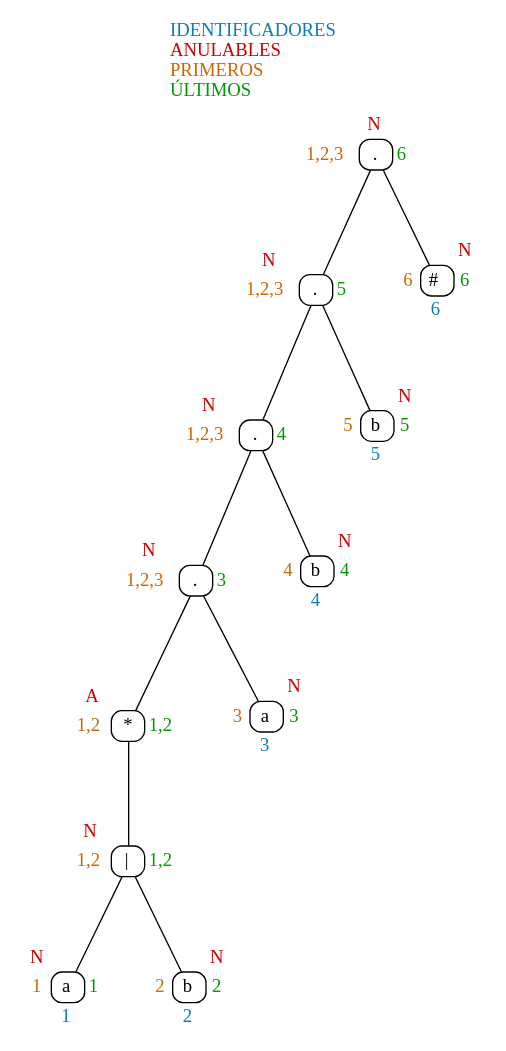
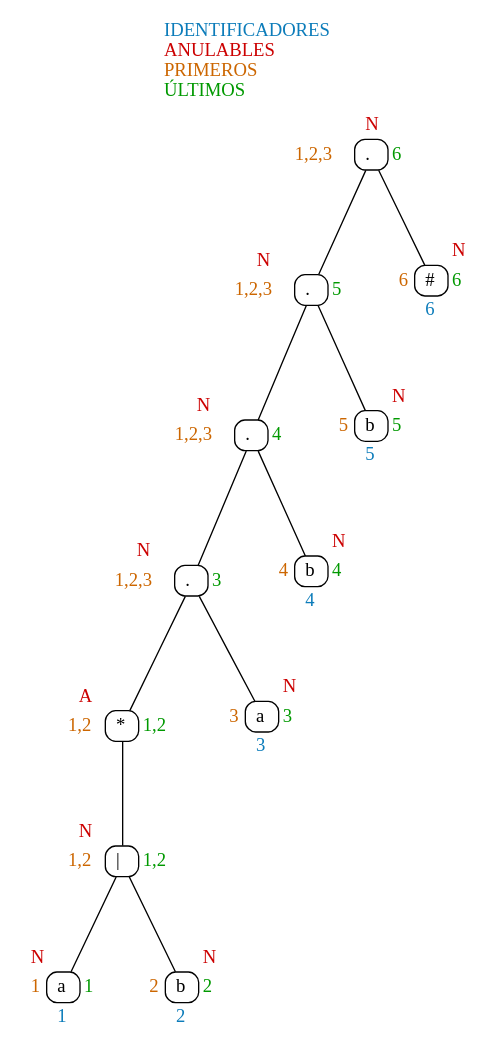
The diagram in Dot/Expresion1.dot (bryan967132/OLC1_Proyecto1_201908355), drawn with Graphviz before and after one commit. The commit also changed 6 other files, not shown here.

```diff
--- a/Dot/Expresion1.dot
+++ b/Dot/Expresion1.dot
@@ -1,29 +1,29 @@
 digraph Tree {
 	graph[fontname="Consolas" labelloc=t];
-	node[shape = plaintext];
+	node[shape = plaintext fontname="Consolas"];
 	edge[dir = none];
 	label=<<font color="#0C7CBA">IDENTIFICADORES</font><br align="left"/><font color="#CC0000">ANULABLES</font><br align="left"/><font color="#CC6600">PRIMEROS</font><br align="left"/><font color="#009900">ÚLTIMOS</font><br align="left"/>>;
 	node11[label=<<table border="0" cellspacing="0" cellpadding="3"><tr><td></td><td><font color="#CC0000">N</font></td><td></td></tr><tr><td><font color="#CC6600">1,2,3</font></td><td border="1" style="rounded" port="p11" width="25">.</td><td><font color="#009900">6</font></td></tr><tr><td></td><td></td><td></td></tr></table>>];
 	node10[label=<<table border="0" cellspacing="0" cellpadding="3"><tr><td><font color="#CC0000">N</font></td><td></td><td></td></tr><tr><td><font color="#CC6600">1,2,3</font></td><td border="1" style="rounded" port="p10" width="25">.</td><td><font color="#009900">5</font></td></tr><tr><td></td><td></td><td></td></tr></table>>];
 	node9[label=<<table border="0" cellspacing="0" cellpadding="3"><tr><td><font color="#CC0000">N</font></td><td></td><td></td></tr><tr><td><font color="#CC6600">1,2,3</font></td><td border="1" style="rounded" port="p9" width="25">.</td><td><font color="#009900">4</font></td></tr><tr><td></td><td></td><td></td></tr></table>>];
 	node8[label=<<table border="0" cellspacing="0" cellpadding="3"><tr><td><font color="#CC0000">N</font></td><td></td><td></td></tr><tr><td><font color="#CC6600">1,2,3</font></td><td border="1" style="rounded" port="p8" width="25">.</td><td><font color="#009900">3</font></td></tr><tr><td></td><td></td><td></td></tr></table>>];
 	node7[label=<<table border="0" cellspacing="0" cellpadding="3"><tr><td><font color="#CC0000">A</font></td><td></td><td></td></tr><tr><td><font color="#CC6600">1,2</font></td><td border="1" style="rounded" port="p7" width="25">*</td><td><font color="#009900">1,2</font></td></tr><tr><td></td><td></td><td></td></tr></table>>];
 	node6[label=<<table border="0" cellspacing="0" cellpadding="3"><tr><td><font color="#CC0000">N</font></td><td></td><td></td></tr><tr><td><font color="#CC6600">1,2</font></td><td border="1" style="rounded" port="p6" width="25">|</td><td><font color="#009900">1,2</font></td></tr><tr><td></td><td></td><td></td></tr></table>>];
 	node5[label=<<table border="0" cellspacing="0" cellpadding="3"><tr><td><font color="#CC0000">N</font></td><td></td><td></td></tr><tr><td><font color="#CC6600">1</font></td><td border="1" style="rounded" port="p5" width="25">a</td><td><font color="#009900">1</font></td></tr><tr><td></td><td><font color="#0C7CBA">1</font></td><td></td></tr></table>>];
 	node6:p6 -> node5:p5;
 	node4[label=<<table border="0" cellspacing="0" cellpadding="3"><tr><td></td><td></td><td><font color="#CC0000">N</font></td></tr><tr><td><font color="#CC6600">2</font></td><td border="1" style="rounded" port="p4" width="25">b</td><td><font color="#009900">2</font></td></tr><tr><td></td><td><font color="#0C7CBA">2</font></td><td></td></tr></table>>];
 	node6:p6 -> node4:p4;
 	node7:p7 -> node6:p6;
 	node8:p8 -> node7:p7;
 	node3[label=<<table border="0" cellspacing="0" cellpadding="3"><tr><td></td><td></td><td><font color="#CC0000">N</font></td></tr><tr><td><font color="#CC6600">3</font></td><td border="1" style="rounded" port="p3" width="25">a</td><td><font color="#009900">3</font></td></tr><tr><td></td><td><font color="#0C7CBA">3</font></td><td></td></tr></table>>];
 	node8:p8 -> node3:p3;
 	node9:p9 -> node8:p8;
 	node2[label=<<table border="0" cellspacing="0" cellpadding="3"><tr><td></td><td></td><td><font color="#CC0000">N</font></td></tr><tr><td><font color="#CC6600">4</font></td><td border="1" style="rounded" port="p2" width="25">b</td><td><font color="#009900">4</font></td></tr><tr><td></td><td><font color="#0C7CBA">4</font></td><td></td></tr></table>>];
 	node9:p9 -> node2:p2;
 	node10:p10 -> node9:p9;
 	node1[label=<<table border="0" cellspacing="0" cellpadding="3"><tr><td></td><td></td><td><font color="#CC0000">N</font></td></tr><tr><td><font color="#CC6600">5</font></td><td border="1" style="rounded" port="p1" width="25">b</td><td><font color="#009900">5</font></td></tr><tr><td></td><td><font color="#0C7CBA">5</font></td><td></td></tr></table>>];
 	node10:p10 -> node1:p1;
 	node11:p11 -> node10:p10;
 	node0[label=<<table border="0" cellspacing="0" cellpadding="3"><tr><td></td><td></td><td><font color="#CC0000">N</font></td></tr><tr><td><font color="#CC6600">6</font></td><td border="1" style="rounded" port="p0" width="25">#</td><td><font color="#009900">6</font></td></tr><tr><td></td><td><font color="#0C7CBA">6</font></td><td></td></tr></table>>];
 	node11:p11 -> node0:p0;
 }
```
